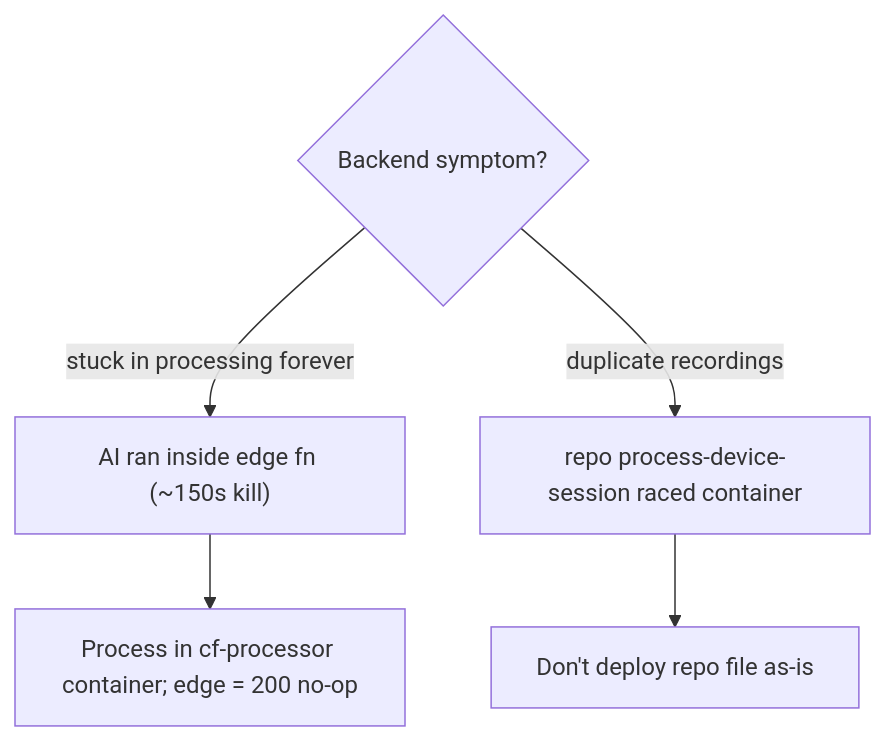
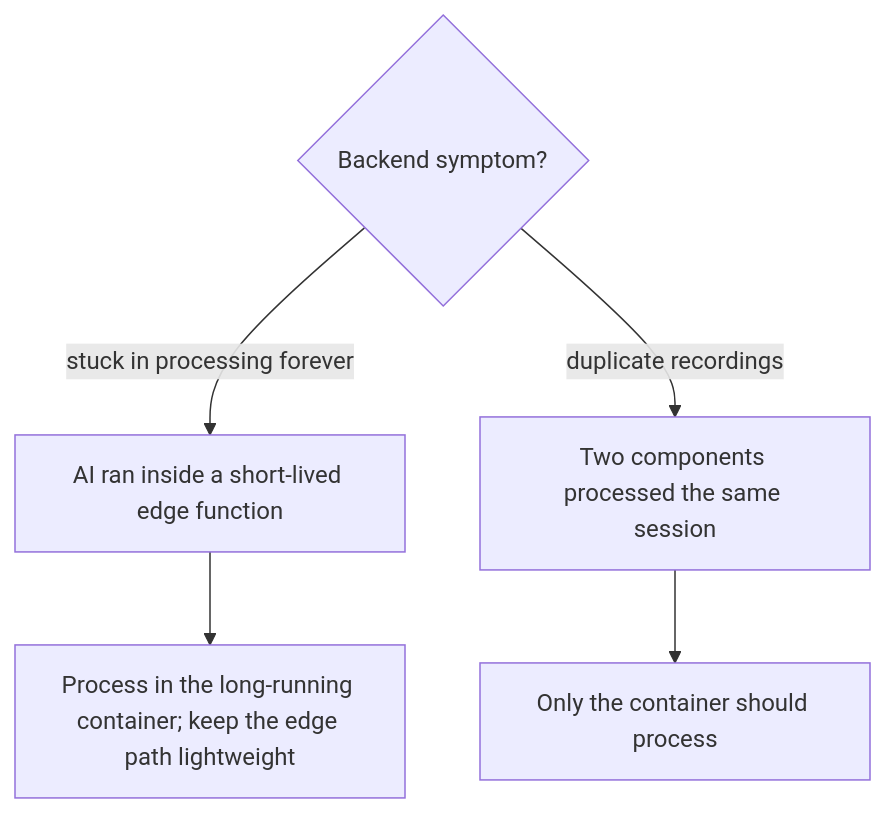
The third of 3 diagrams in docs-site/docs/operations/troubleshooting.md (Longcao24/sate-companion), drawn with Mermaid before and after one commit. The commit also changed other lines of this file and 17 other files, not shown here.

First line of the commit message:
docs-site: generalize published docs + add system-overview diagram

````diff
--- a/docs-site/docs/operations/troubleshooting.md
+++ b/docs-site/docs/operations/troubleshooting.md
@@ -61,8 +72,8 @@
 ```mermaid
 flowchart TD
   Q{"Backend symptom?"}
-  Q -->|"stuck in processing forever"| C["AI ran inside edge fn (~150s kill)"]
-  C --> CF["Process in cf-processor container; edge = 200 no-op"]
-  Q -->|"duplicate recordings"| D["repo process-device-session raced container"]
-  D --> DF["Don't deploy repo file as-is"]
+  Q -->|"stuck in processing forever"| C["AI ran inside a short-lived edge function"]
+  C --> CF["Process in the long-running container; keep the edge path lightweight"]
+  Q -->|"duplicate recordings"| D["Two components processed the same session"]
+  D --> DF["Only the container should process"]
 ```
````
